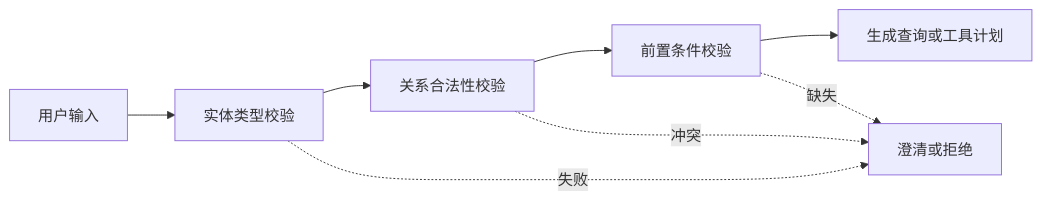
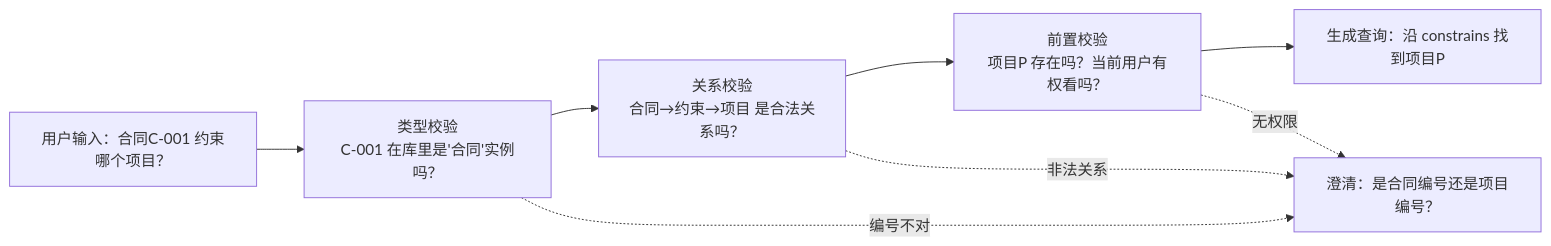
The third of 3 diagrams in 本体论-agent/01-概念基础/04.类实例属性关系和约束.md (sealzrt/2026-08--agent), drawn with Mermaid before and after one commit. The commit also changed other lines of this file and 62 other files, not shown here.

````diff
--- a/本体论-agent/01-概念基础/04.类实例属性关系和约束.md
+++ b/本体论-agent/01-概念基础/04.类实例属性关系和约束.md
@@ -68,11 +96,11 @@
 ```mermaid
 flowchart LR
-    I[用户输入]
-    I --> E[实体类型校验]
-    E --> R[关系合法性校验]
-    R --> P[前置条件校验]
-    P --> T[生成查询或工具计划]
-    E -.失败.-> C[澄清或拒绝]
-    R -.冲突.-> C
-    P -.缺失.-> C
+    I["用户输入：合同C-001 约束哪个项目？"]
+    I --> E["类型校验<br/>C-001 在库里是'合同'实例吗？"]
+    E --> R["关系校验<br/>合同→约束→项目 是合法关系吗？"]
+    R --> P["前置校验<br/>项目P 存在吗？当前用户有权看吗？"]
+    P --> T["生成查询：沿 constrains 找到项目P"]
+    E -.编号不对.-> C["澄清：是合同编号还是项目编号？"]
+    R -.非法关系.-> C
+    P -.无权限.-> C
 ```
````
